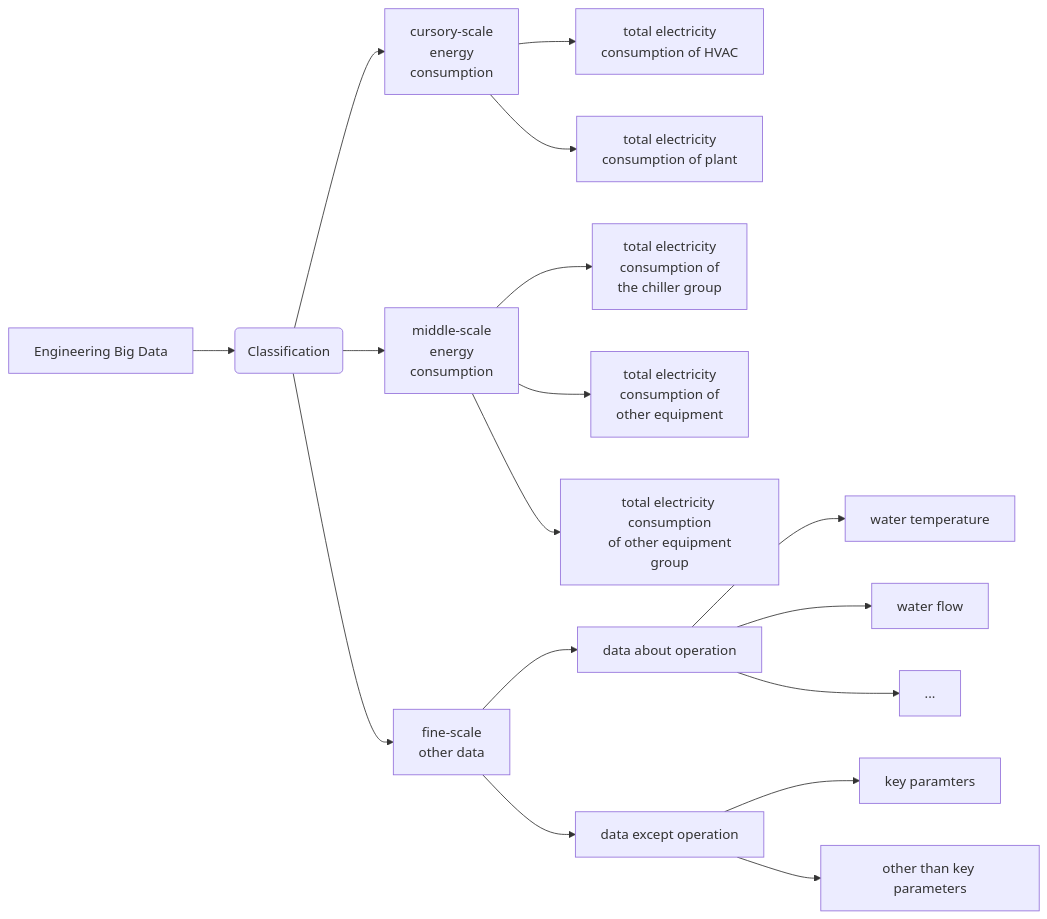
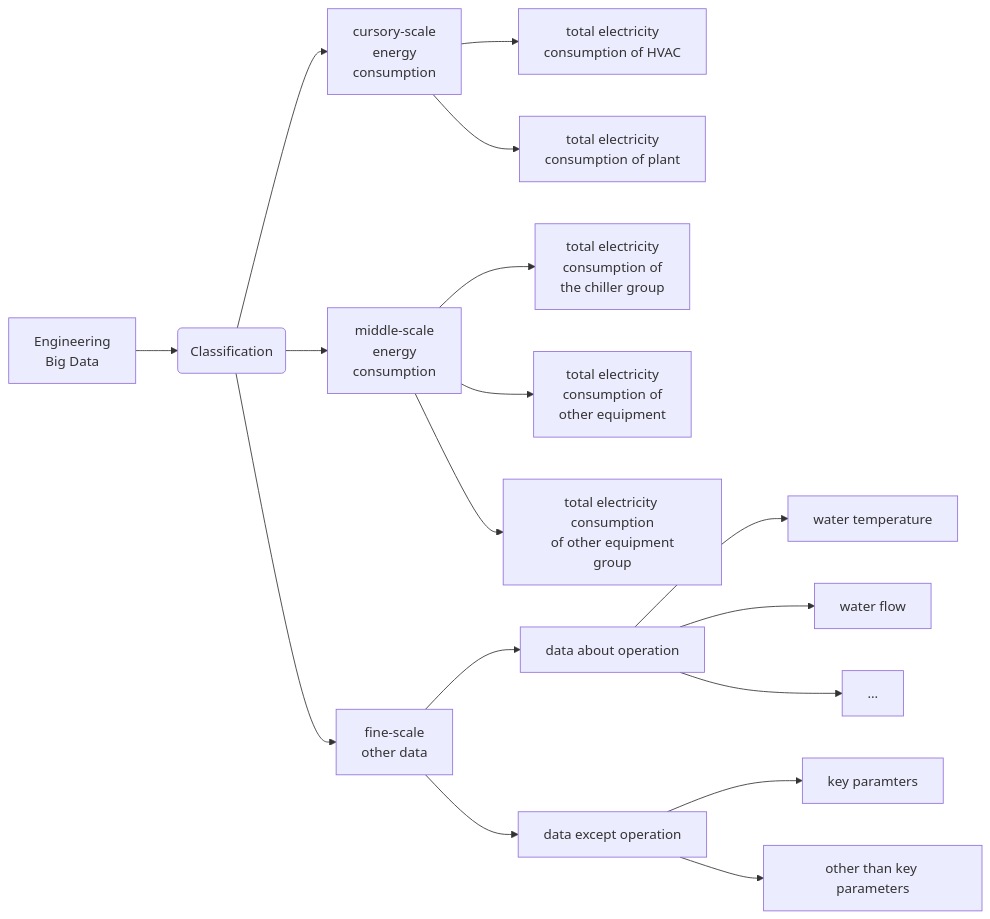
One commit to Hurricane-k/carry-bio changed the first of 3 diagrams in content/posts/blog13/index.md. Above: the diagram before and after it, drawn with Mermaid. The commit also changed 1 other file, not shown here.

Commit message:
adjust the format again

```diff
--- a/content/posts/blog13/index.md
+++ b/content/posts/blog13/index.md
@@ -20,19 +20,19 @@
 {{<mermaid>}}
 flowchart LR
-    A[Engineering Big Data] --> B(Classification)
+    A[Engineering\n Big Data] --> B(Classification)
     B --> C["cursory-scale\n energy\n consumption"]
     B --> D["middle-scale\n energy\n consumption"]
     B --> E["fine-scale\n other data"]
     C --> F["total electricity\n consumption of HVAC"]
     C --> FF["total electricity\n consumption of plant"]
     D --> G["total electricity\n consumption of\n the chiller group"]
     D --> GG["total electricity\n consumption of\n other equipment"]
     D --> GGG["total electricity consumption\n of other equipment group"]
     E --> H["data about operation"]
     E --> HH["data except operation"]
     H --> I["water temperature"]
     H --> II["water flow"]
     H --> III[...]
     HH --> J[key paramters]
     HH --> JJ[other than key parameters]
 {{</mermaid>}}
```
